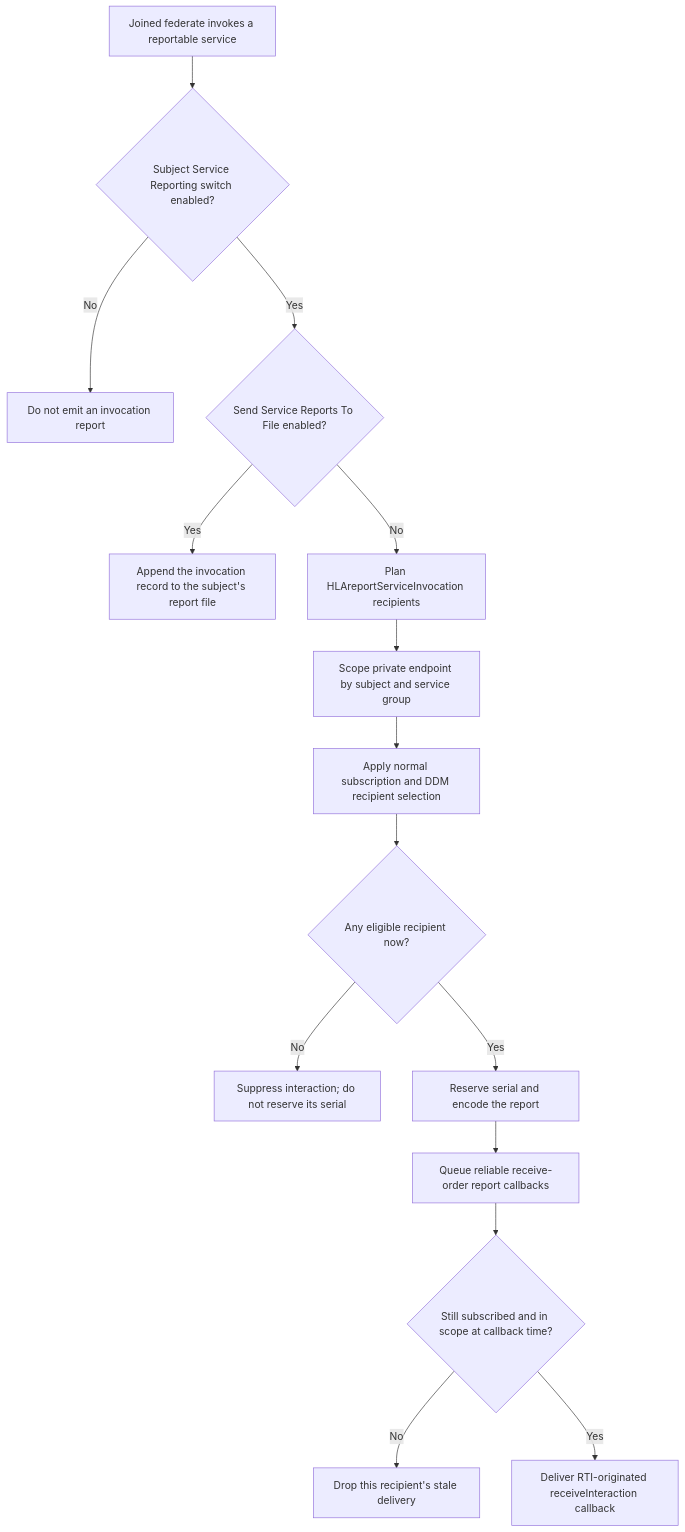
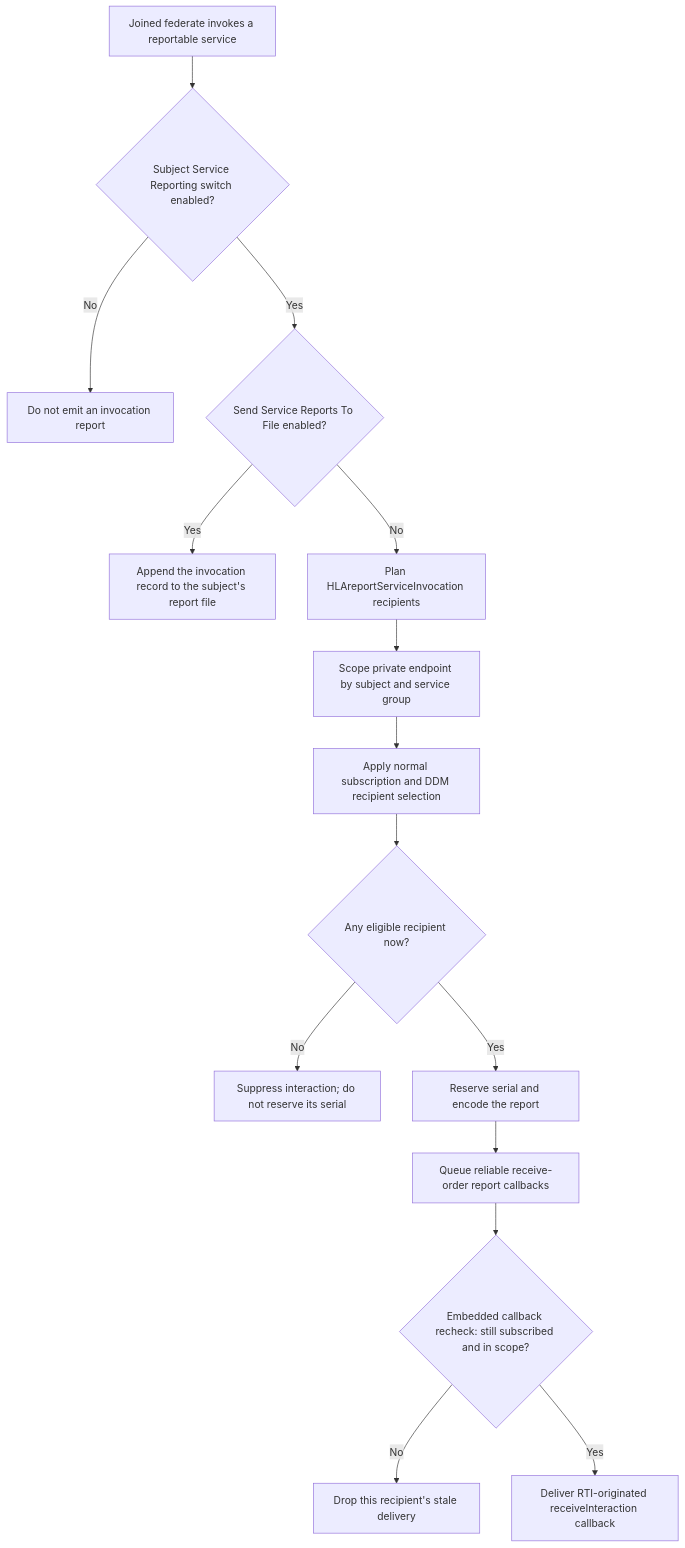
The second of 11 diagrams in docs/design/HLA-2025-SERVICE-INVOCATION-REPORTING-FLOW-GUIDE.md (sheepfling/umbra), drawn with Mermaid before and after one commit. The commit also changed other lines of this file and 668 other files, not shown here.

````diff
--- a/docs/design/HLA-2025-SERVICE-INVOCATION-REPORTING-FLOW-GUIDE.md
+++ b/docs/design/HLA-2025-SERVICE-INVOCATION-REPORTING-FLOW-GUIDE.md
@@ -146,17 +157,17 @@
 ```mermaid
 flowchart TD
   A[Joined federate invokes a reportable service] --> B{Subject Service Reporting switch enabled?}
   B -- No --> C[Do not emit an invocation report]
   B -- Yes --> D{Send Service Reports To File enabled?}
   D -- Yes --> E[Append the invocation record to the subject's report file]
   D -- No --> F[Plan HLAreportServiceInvocation recipients]
   F --> G[Scope private endpoint by subject and service group]
   G --> H[Apply normal subscription and DDM recipient selection]
   H --> I{Any eligible recipient now?}
   I -- No --> J[Suppress interaction; do not reserve its serial]
   I -- Yes --> K[Reserve serial and encode the report]
   K --> L[Queue reliable receive-order report callbacks]
-  L --> M{Still subscribed and in scope at callback time?}
+  L --> M{Embedded callback recheck: still subscribed and in scope?}
   M -- No --> N[Drop this recipient's stale delivery]
   M -- Yes --> O[Deliver RTI-originated receiveInteraction callback]
 ```
````
